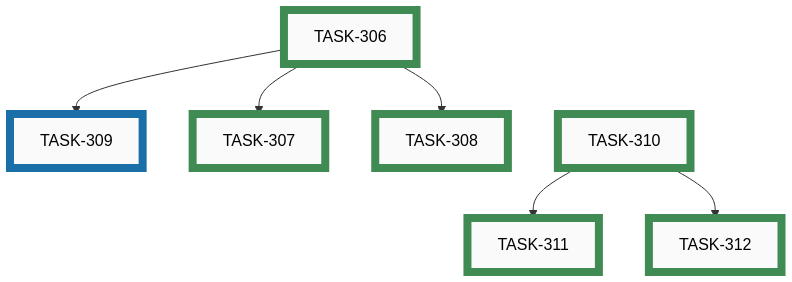
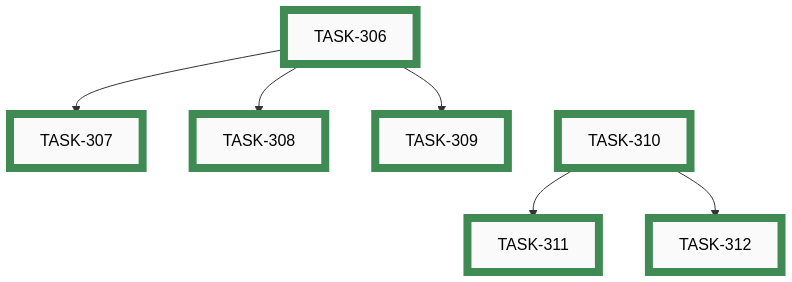
Before and after one commit to tgd1975/AwesomeStudioPedal: the fifth of 7 diagrams in docs/developers/tasks/EPICS.md, drawn with Mermaid. The commit also changed other lines of this file and 4 other files, not shown here.

Commit message:
close TASK-309: Profile-independent actions — Flutter app support

````diff
--- a/docs/developers/tasks/EPICS.md
+++ b/docs/developers/tasks/EPICS.md
@@ -162,31 +162,31 @@
 ```mermaid
 graph TD
-    TASK_309["TASK-309"]:::active
     TASK_306["TASK-306"]:::closed
     TASK_307["TASK-307"]:::closed
     TASK_308["TASK-308"]:::closed
+    TASK_309["TASK-309"]:::closed
     TASK_310["TASK-310"]:::closed
     TASK_311["TASK-311"]:::closed
     TASK_312["TASK-312"]:::closed
-    TASK_306 --> TASK_309
     TASK_306 --> TASK_307
     TASK_306 --> TASK_308
+    TASK_306 --> TASK_309
     TASK_310 --> TASK_311
     TASK_310 --> TASK_312
     TASK_306 ~~~ TASK_310
-    click TASK_309 "active/task-309-profile-independent-actions-flutter-app.md"
     click TASK_306 "closed/task-306-profile-independent-actions-firmware.md"
     click TASK_307 "closed/task-307-profile-independent-actions-simulator.md"
     click TASK_308 "closed/task-308-profile-independent-actions-config-builder.md"
+    click TASK_309 "closed/task-309-profile-independent-actions-flutter-app.md"
     click TASK_310 "closed/task-310-configurable-ble-device-name-firmware.md"
     click TASK_311 "closed/task-311-configurable-ble-device-name-config-builder.md"
     click TASK_312 "closed/task-312-configurable-ble-device-name-flutter-app.md"
     classDef open    fill:#FAFAFA,stroke:#555,stroke-width:8px,color:#000
     classDef active  fill:#FAFAFA,stroke:#1A6FA8,stroke-width:8px,color:#000
     classDef closed  fill:#FAFAFA,stroke:#3F8B53,stroke-width:8px,color:#000
     classDef paused  fill:#FAFAFA,stroke:#B07810,stroke-width:8px,color:#000
     classDef openExt    fill:#000,stroke:#888,stroke-width:8px,color:#FFF
     classDef activeExt  fill:#000,stroke:#3FA9F5,stroke-width:8px,color:#FFF
     classDef closedExt  fill:#000,stroke:#7CC68A,stroke-width:8px,color:#FFF
     classDef pausedExt  fill:#000,stroke:#F0B030,stroke-width:8px,color:#FFF
 ```
````
